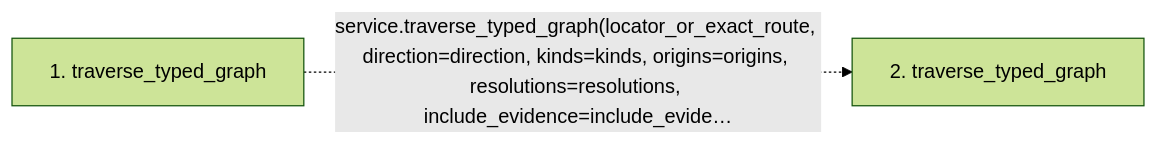
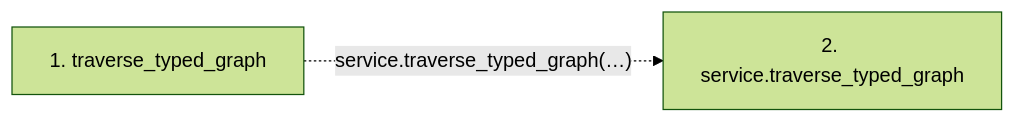
One commit to Denissvgn/python-wiki-llm changed the second of 2 diagrams in docs/llm_wiki/flows/mcp-traverse_typed_graph.md. Above: the diagram before and after it, drawn with Mermaid (forest theme). The commit also changed other lines of this file and 719 other files, not shown here.

````diff
--- a/docs/llm_wiki/flows/mcp-traverse_typed_graph.md
+++ b/docs/llm_wiki/flows/mcp-traverse_typed_graph.md
@@ -19,7 +20,7 @@
 ```mermaid
 flowchart LR
     s1["1. traverse_typed_graph"]
-    s2["2. traverse_typed_graph"]
-    s1 -. "service.traverse_typed_graph(locator_or_exact_route, direction=direction, kinds=kinds, origins=origins, resolutions=resolutions, include_evidence=include_evide…" .-> s2
+    s2["2. service.traverse_typed_graph"]
+    s1 -. "service.traverse_typed_graph(…)" .-> s2
     click s1 "../modules/mcp_server.md"
 ```
````
